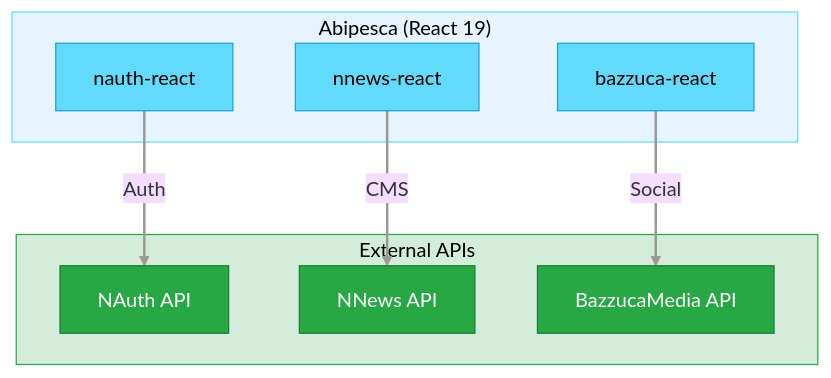
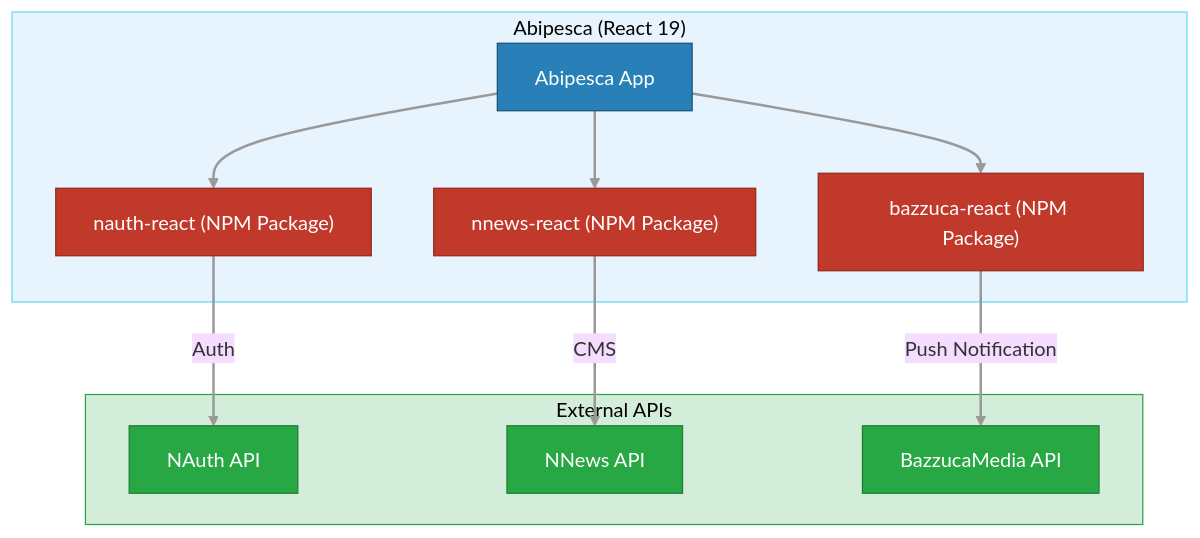
Before and after one commit to emaginebr/emagine-deploy: the diagram in emagine-site/src/data/diagrams/abipesca.mmd, drawn with Mermaid (base theme). The commit also changed 111 other files, not shown here.

Commit message:
fix: refactory diagrams

```diff
--- a/emagine-site/src/data/diagrams/abipesca.mmd
+++ b/emagine-site/src/data/diagrams/abipesca.mmd
@@ -1,34 +1,36 @@
 graph TD
     subgraph App["Abipesca (React 19)"]
-        NAuthReact["nauth-react"]
-        NNewsReact["nnews-react"]
-        BazzucaReact["bazzuca-react"]
+        AbipescaApp["Abipesca App"]
+        NAuthReact["nauth-react (NPM Package)"]
+        NNewsReact["nnews-react (NPM Package)"]
+        BazzucaReact["bazzuca-react (NPM Package)"]
     end
     subgraph External["External APIs"]
         NAuthAPI["NAuth API"]
         NNewsAPI["NNews API"]
         BazzucaAPI["BazzucaMedia API"]
     end
 
+    AbipescaApp --> NAuthReact
+    AbipescaApp --> NNewsReact
+    AbipescaApp --> BazzucaReact
     NAuthReact -->|"Auth"| NAuthAPI
     NNewsReact -->|"CMS"| NNewsAPI
-    BazzucaReact -->|"Social"| BazzucaAPI
+    BazzucaReact -->|"Push Notification"| BazzucaAPI
 
-    click NAuthReact mermaidCallback "NAuthReact"
-    click NNewsReact mermaidCallback "NNewsReact"
-    click BazzucaReact mermaidCallback "BazzucaReact"
-    click NAuthAPI mermaidCallback "NAuthAPI"
-    click NNewsAPI mermaidCallback "NNewsAPI"
-    click BazzucaAPI mermaidCallback "BazzucaAPI"
+    click NAuthAPI mermaidCallback "NAuth"
+    click NNewsAPI mermaidCallback "NNews"
+    click BazzucaAPI mermaidCallback "BazzucaMedia"
 
-    style NAuthReact fill:#61DAFB,stroke:#21a1c9,color:#000
-    style NNewsReact fill:#61DAFB,stroke:#21a1c9,color:#000
-    style BazzucaReact fill:#61DAFB,stroke:#21a1c9,color:#000
+    style AbipescaApp fill:#2980b9,stroke:#1a5276,color:#fff
+    style NAuthReact fill:#c0392b,stroke:#96281B,color:#fff
+    style NNewsReact fill:#c0392b,stroke:#96281B,color:#fff
+    style BazzucaReact fill:#c0392b,stroke:#96281B,color:#fff
     style NAuthAPI fill:#28a745,stroke:#1e7e34,color:#fff
     style NNewsAPI fill:#28a745,stroke:#1e7e34,color:#fff
     style BazzucaAPI fill:#28a745,stroke:#1e7e34,color:#fff
 
     style App fill:#e8f4fd,stroke:#61DAFB,color:#000
     style External fill:#d4edda,stroke:#28a745,color:#000
 
     linkStyle default stroke:#999,stroke-width:2px
```
